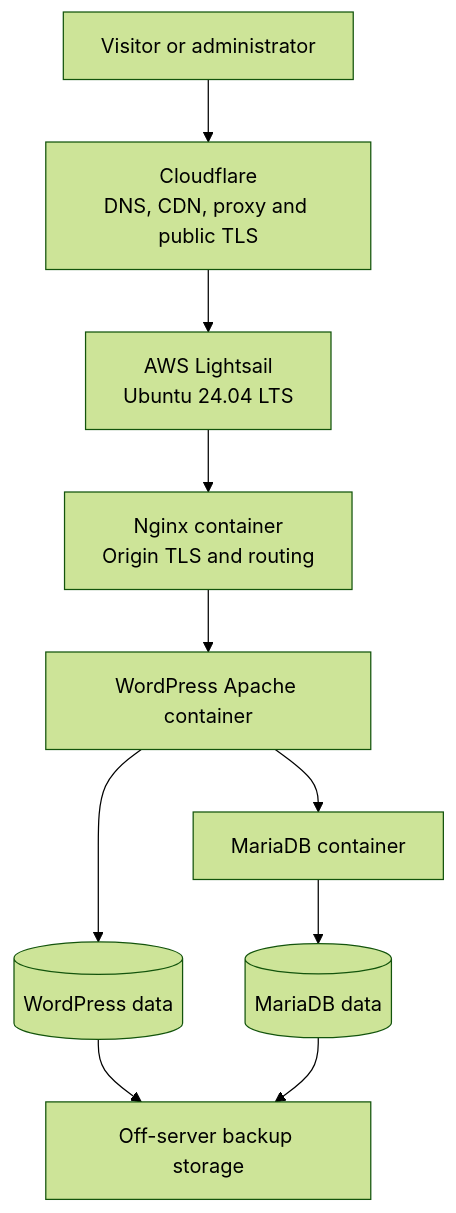
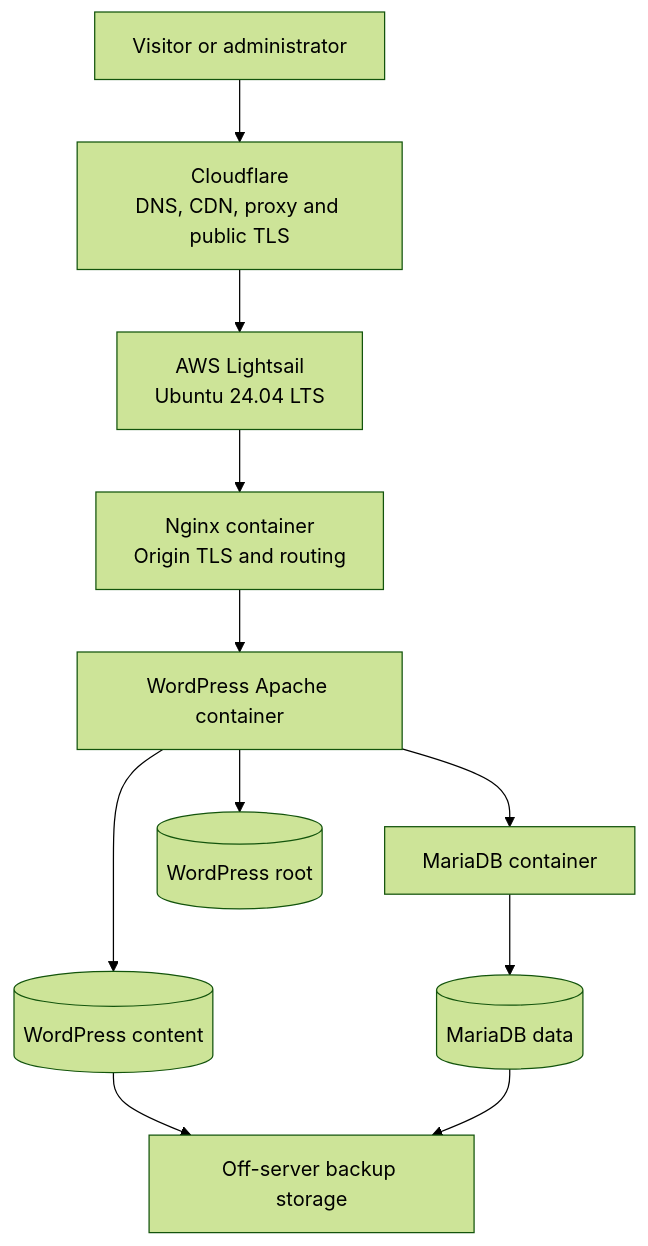
One commit to nahidjawad/personal-web-platform changed the first of 2 diagrams in docs/architecture.md. Above: the diagram before and after it, drawn with Mermaid (forest theme). The commit also changed other lines of this file and 5 other files, not shown here.

Commit message:
feat: complete WordPress data migration

````diff
--- a/docs/architecture.md
+++ b/docs/architecture.md
@@ -14,22 +14,24 @@
 ```mermaid
 flowchart TD
     visitor["Visitor or administrator"]
     cloudflare["Cloudflare<br/>DNS, CDN, proxy and public TLS"]
     lightsail["AWS Lightsail<br/>Ubuntu 24.04 LTS"]
     nginx["Nginx container<br/>Origin TLS and routing"]
     wordpress["WordPress Apache container"]
     mariadb["MariaDB container"]
-    wpdata[("WordPress data")]
+    wproot[("WordPress root")]
+    wpcontent[("WordPress content")]
     dbdata[("MariaDB data")]
     backup["Off-server backup storage"]
 
     visitor --> cloudflare
     cloudflare --> lightsail
     lightsail --> nginx
     nginx --> wordpress
     wordpress --> mariadb
-    wordpress --> wpdata
+    wordpress --> wproot
+    wordpress --> wpcontent
     mariadb --> dbdata
-    wpdata --> backup
+    wpcontent --> backup
     dbdata --> backup
 ```
````
